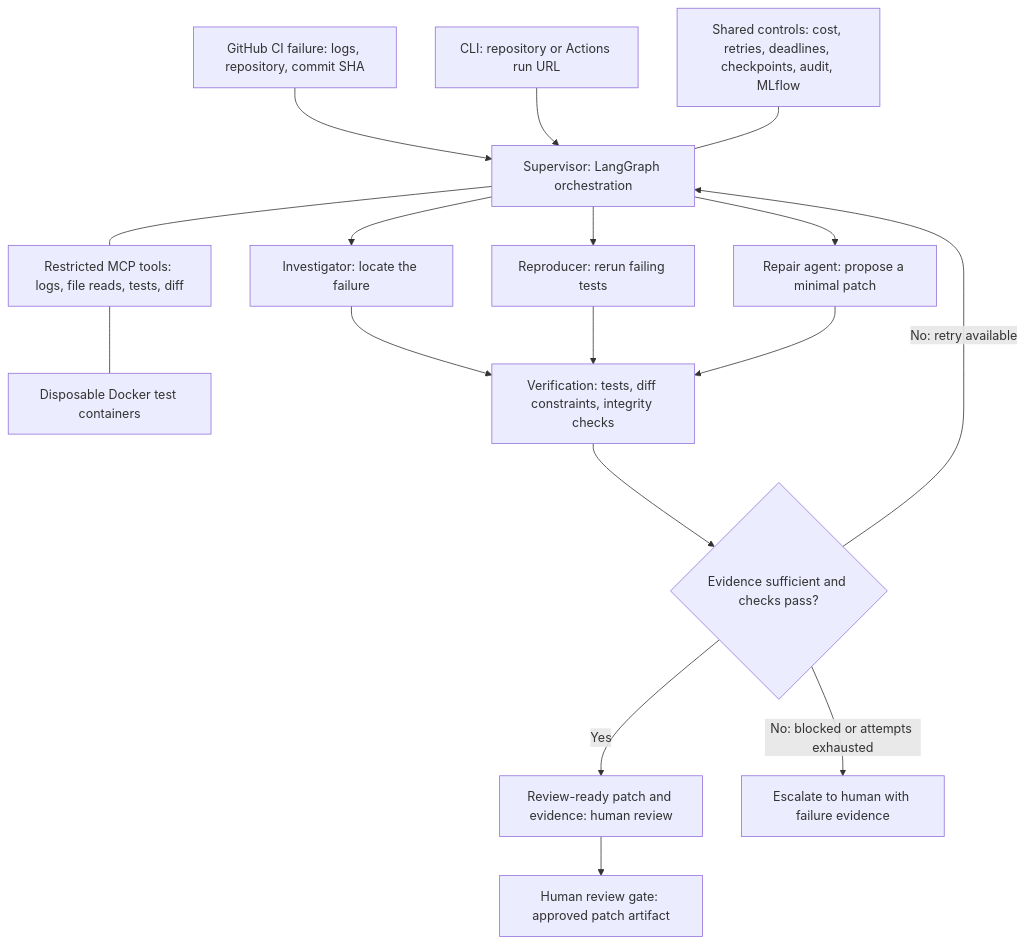
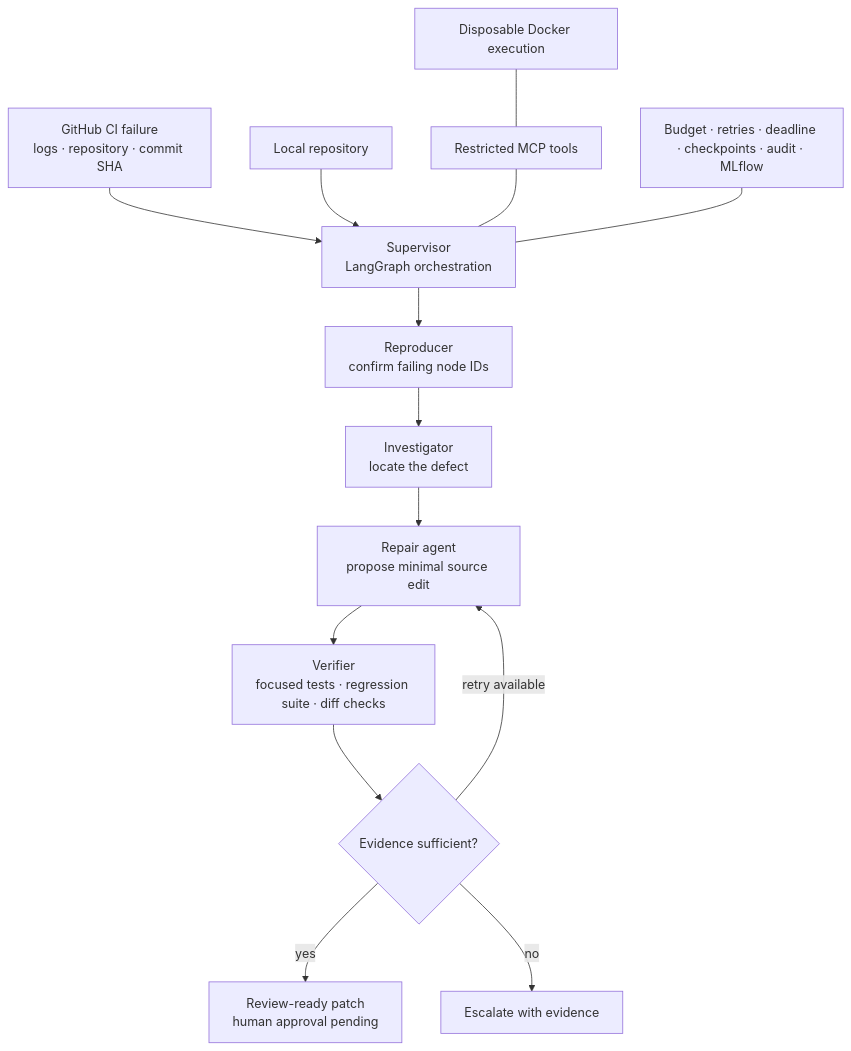
The diagram in README.md (Aahil19/ProofPatch), drawn with Mermaid before and after one commit. The commit also changed other lines of this file and 39 other files, not shown here.

````diff
--- a/README.md
+++ b/README.md
@@ -152,20 +40,17 @@
 ```mermaid
 flowchart TD
-    CI["GitHub CI failure: logs, repository, commit SHA"] --> S
-    CLI["CLI: repository or Actions run URL"] --> S
-    S["Supervisor: LangGraph orchestration"]
-    S --> I["Investigator: locate the failure"]
-    S --> R["Reproducer: rerun failing tests"]
-    S --> P["Repair agent: propose a minimal patch"]
-    S --- M["Restricted MCP tools: logs, file reads, tests, diff"]
-    M --- D["Disposable Docker test containers"]
-    I --> V
-    R --> V
-    P --> V
-    V["Verification: tests, diff constraints, integrity checks"] --> G{"Evidence sufficient and checks pass?"}
-    G -->|Yes| H["Review-ready patch and evidence: human review"]
-    G -->|No: retry available| S
-    G -->|No: blocked or attempts exhausted| E["Escalate to human with failure evidence"]
-    H --> A["Human review gate: approved patch artifact"]
-    C["Shared controls: cost, retries, deadlines, checkpoints, audit, MLflow"] --- S
+    CI["GitHub CI failure<br/>logs · repository · commit SHA"] --> S
+    CLI["Local repository"] --> S
+    S["Supervisor<br/>LangGraph orchestration"]
+    S --> R["Reproducer<br/>confirm failing node IDs"]
+    R --> I["Investigator<br/>locate the defect"]
+    I --> P["Repair agent<br/>propose minimal source edit"]
+    P --> V["Verifier<br/>focused tests · regression suite · diff checks"]
+    V --> G{"Evidence sufficient?"}
+    G -->|"yes"| H["Review-ready patch<br/>human approval pending"]
+    G -->|"retry available"| P
+    G -->|"no"| E["Escalate with evidence"]
+    M["Restricted MCP tools"] --- S
+    D["Disposable Docker execution"] --- M
+    C["Budget · retries · deadline · checkpoints · audit · MLflow"] --- S
 ```
````
